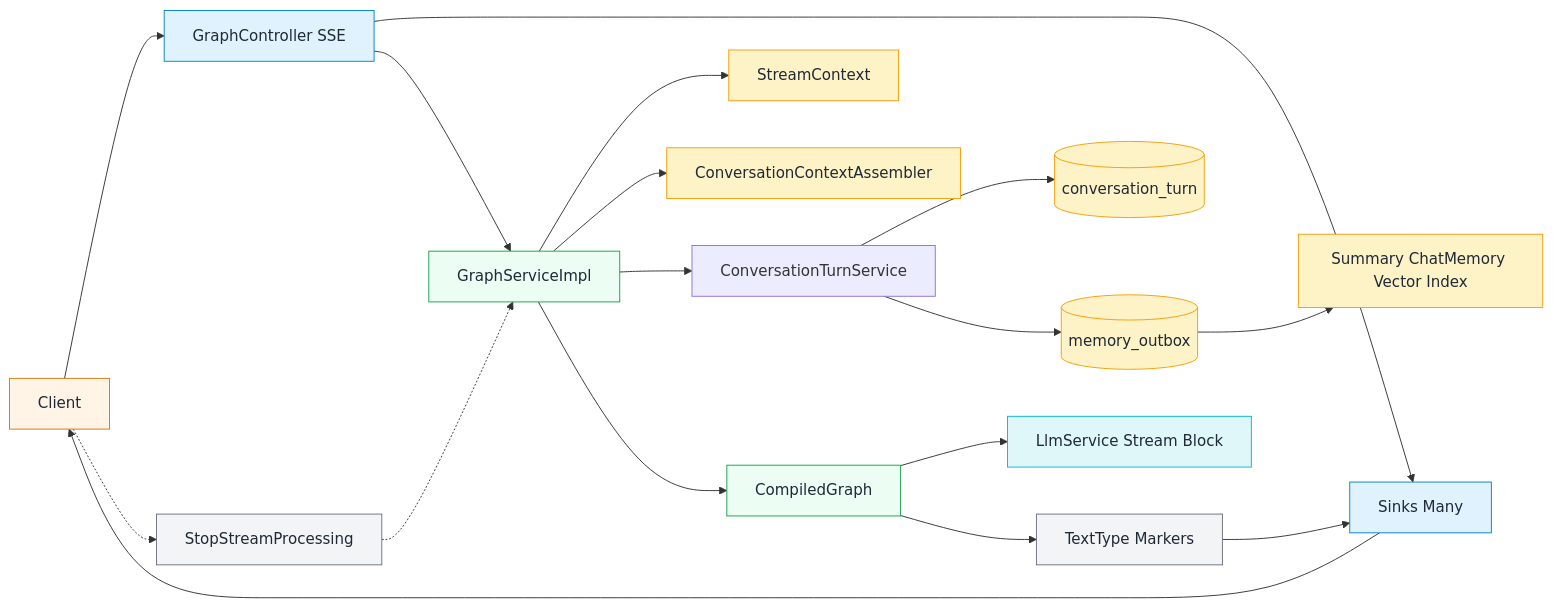
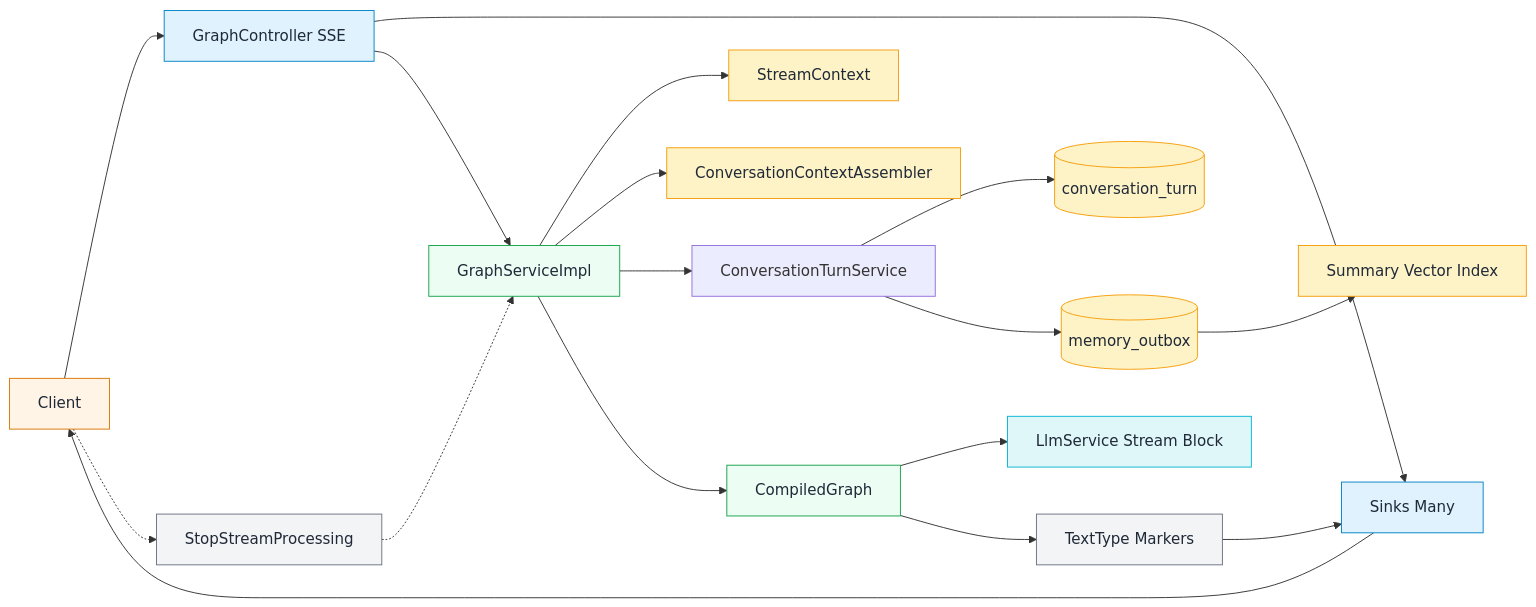
Diagram 11 of 18 in docs/ARCHITECTURE-en.md (spring-ai-alibaba/DataAgent), drawn with Mermaid before and after one commit. The commit also changed other lines of this file and 31 other files, not shown here.

````diff
--- a/docs/ARCHITECTURE-en.md
+++ b/docs/ARCHITECTURE-en.md
@@ -475,33 +475,33 @@
 ```mermaid
 flowchart LR
   Client --> SSE[GraphController SSE]
   SSE --> Sink[Sinks Many]
   SSE --> GraphSvc[GraphServiceImpl]
   GraphSvc --> StreamCtx[StreamContext]
   GraphSvc --> Ctx[ConversationContextAssembler]
   GraphSvc --> Turn[ConversationTurnService]
   Turn --> TurnDB[(conversation_turn)]
   Turn --> Outbox[(memory_outbox)]
-  Outbox --> Projection[Summary ChatMemory Vector Index]
+  Outbox --> Projection[Summary Vector Index]
   GraphSvc --> Graph[CompiledGraph]
   Graph --> LLM[LlmService Stream Block]
   Graph --> TextType[TextType Markers]
   TextType --> Sink
   Sink --> Client
   Client -.-> Stop[StopStreamProcessing]
   Stop -.-> GraphSvc
 
   classDef client fill:#FFF4E6,stroke:#D97706,stroke-width:1px,color:#1F2937;
   classDef api fill:#E0F2FE,stroke:#0284C7,stroke-width:1px,color:#1F2937;
   classDef service fill:#ECFDF3,stroke:#16A34A,stroke-width:1px,color:#1F2937;
   classDef data fill:#FEF3C7,stroke:#F59E0B,stroke-width:1px,color:#1F2937;
   classDef llm fill:#E0F7FA,stroke:#06B6D4,stroke-width:1px,color:#1F2937;
   classDef control fill:#F3F4F6,stroke:#6B7280,stroke-width:1px,color:#1F2937;
 
   class Client client
   class SSE,Sink api
   class GraphSvc,Graph service
   class StreamCtx,Ctx,TurnDB,Outbox,Projection data
   class LLM llm
   class TextType,Stop control
 ```
````
